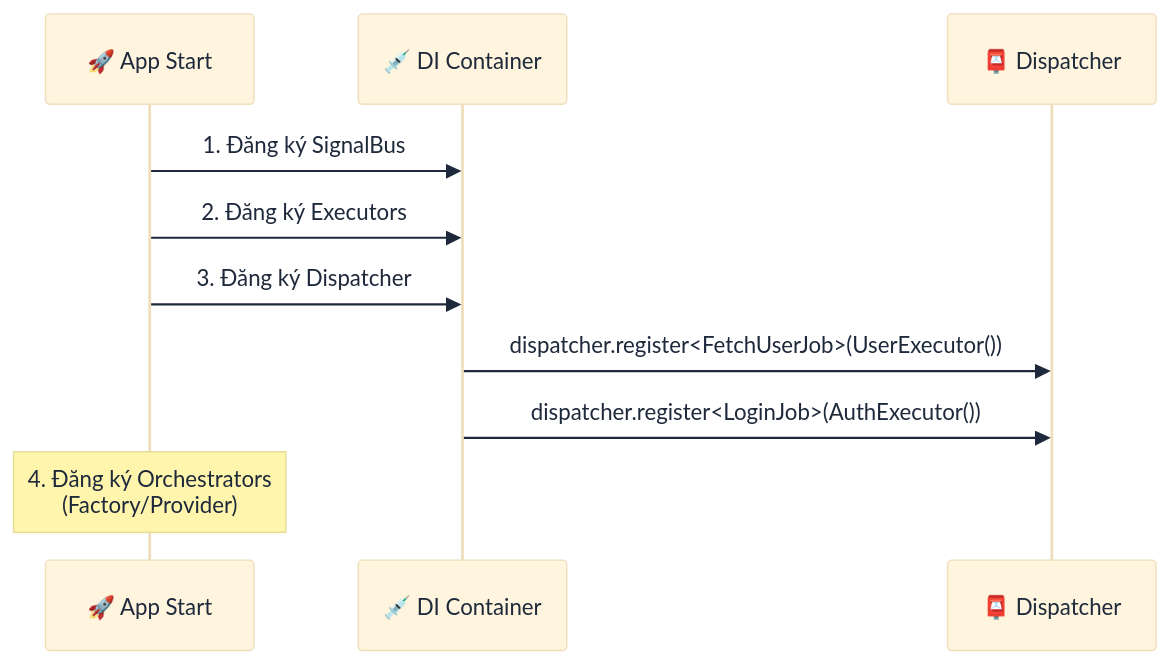
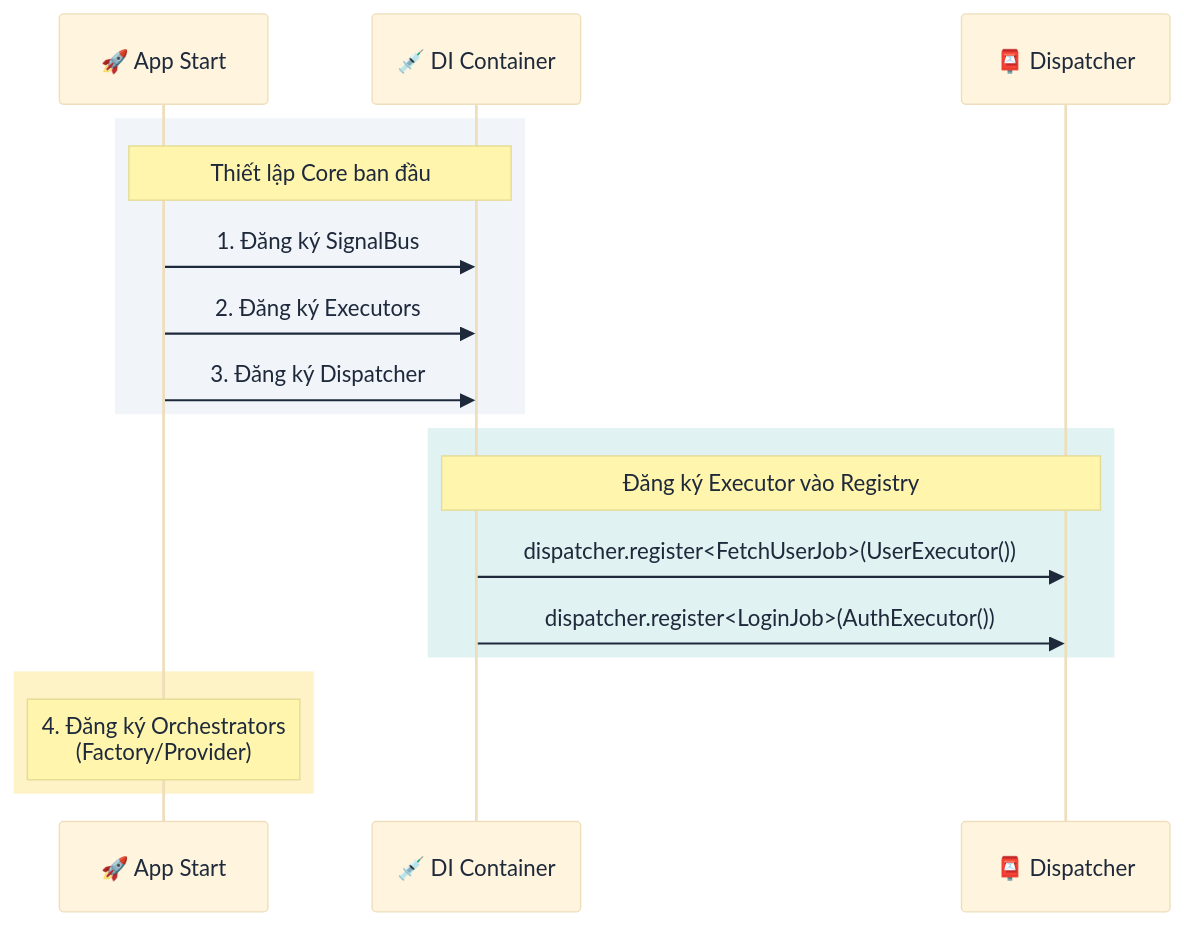
The ninth of 14 diagrams in book/vi/chapters/07_best_practices.md (lploc94/flutter_orchestrator), drawn with Mermaid before and after one commit. The commit also changed 5 other files, not shown here.

First line of the commit message:
docs(book): finalize beautification of all Mermaid diagrams

````diff
--- a/book/vi/chapters/07_best_practices.md
+++ b/book/vi/chapters/07_best_practices.md
@@ -281,16 +281,24 @@
 ```mermaid
 %%{init: {'theme': 'base', 'themeVariables': { 'primaryTextColor': '#1e293b', 'noteTextColor': '#1e293b', 'actorTextColor': '#1e293b' }}}%%
 sequenceDiagram
     participant App as 🚀 App Start
     participant DI as 💉 DI Container
     participant Disp as 📮 Dispatcher
     
-    App->>DI: 1. Đăng ký SignalBus
-    App->>DI: 2. Đăng ký Executors
-    App->>DI: 3. Đăng ký Dispatcher
+    rect rgb(241, 245, 249)
+        Note over App,DI: Thiết lập Core ban đầu
+        App->>DI: 1. Đăng ký SignalBus
+        App->>DI: 2. Đăng ký Executors
+        App->>DI: 3. Đăng ký Dispatcher
+    end
     
-    DI->>Disp: dispatcher.register<FetchUserJob>(UserExecutor())
-    DI->>Disp: dispatcher.register<LoginJob>(AuthExecutor())
+    rect rgb(224, 242, 241)
+        Note over DI,Disp: Đăng ký Executor vào Registry
+        DI->>Disp: dispatcher.register<FetchUserJob>(UserExecutor())
+        DI->>Disp: dispatcher.register<LoginJob>(AuthExecutor())
+    end
     
-    Note over App: 4. Đăng ký Orchestrators<br/>(Factory/Provider)
+    rect rgb(254, 243, 199)
+        Note over App: 4. Đăng ký Orchestrators<br/>(Factory/Provider)
+    end
 ```
````
